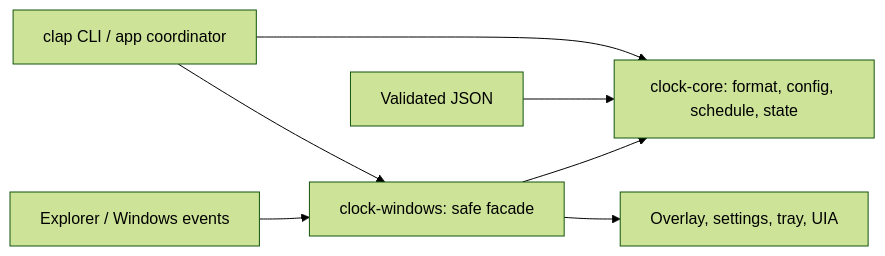
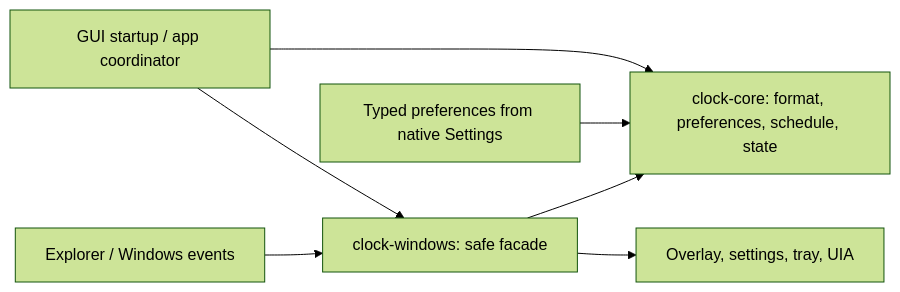
One commit to tjorim/ElevenClock changed the second of 2 diagrams in docs/RUST_REWRITE_DISSECTION.md. Above: the diagram before and after it, drawn with Mermaid (forest theme). The commit also changed other lines of this file, not shown here.

Commit message:
docs: center rewrite on native Windows GUI and private preferences

````diff
--- a/docs/RUST_REWRITE_DISSECTION.md
+++ b/docs/RUST_REWRITE_DISSECTION.md
@@ -103,9 +127,9 @@
 ```mermaid
 flowchart LR
-  CLI[clap CLI / app coordinator] --> Core[clock-core: format, config, schedule, state]
-  CLI --> Win[clock-windows: safe facade]
+  App[GUI startup / app coordinator] --> Core[clock-core: format, preferences, schedule, state]
+  App --> Win[clock-windows: safe facade]
   Win --> Core
   Shell[Explorer / Windows events] --> Win
   Win --> UI[Overlay, settings, tray, UIA]
-  Config[Validated JSON] --> Core
+  Settings[Typed preferences from native Settings] --> Core
 ```
````
